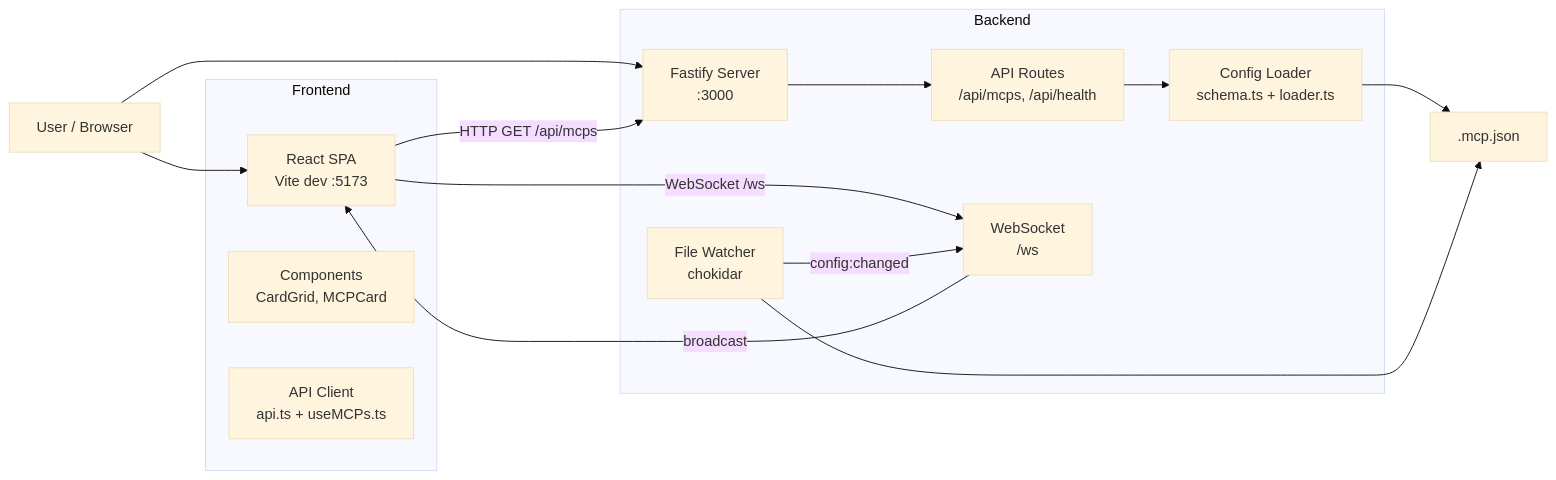
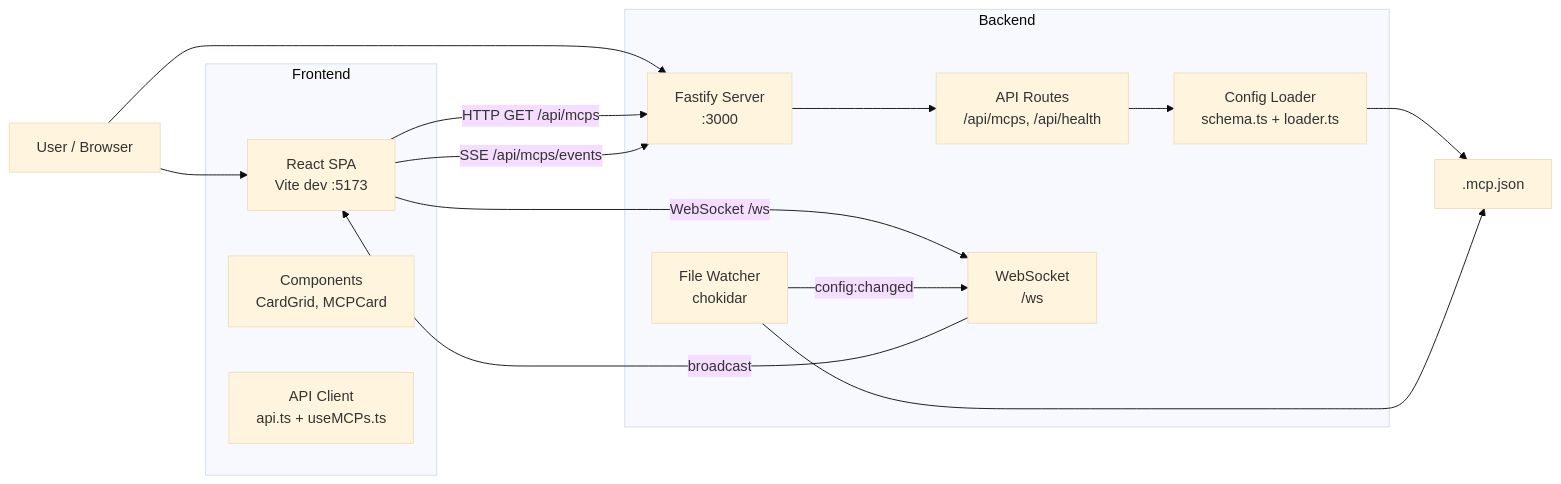
One commit to wagner-sousa/Weir changed the diagram in docs/architecture.md. Above: the diagram before and after it, drawn with Mermaid (base theme). The commit also changed other lines of this file and 3 other files, not shown here.

````diff
--- a/docs/architecture.md
+++ b/docs/architecture.md
@@ -5,28 +5,29 @@
 ```mermaid
 flowchart LR
     USER[User / Browser]
     FS[.mcp.json]
     subgraph Backend
         API[Fastify Server<br/>:3000]
         ROUTES[API Routes<br/>/api/mcps, /api/health]
         WS[WebSocket<br/>/ws]
         LOADER[Config Loader<br/>schema.ts + loader.ts]
         WATCHER[File Watcher<br/>chokidar]
     end
     subgraph Frontend
         SPA[React SPA<br/>Vite dev :5173]
         COMP[Components<br/>CardGrid, MCPCard]
         API_CLIENT[API Client<br/>api.ts + useMCPs.ts]
     end
 
     USER --> SPA
     USER --> API
     SPA -- HTTP GET /api/mcps --> API
     SPA -- WebSocket /ws --> WS
+    SPA -- SSE /api/mcps/events --> API
     API --> ROUTES
     ROUTES --> LOADER
     LOADER --> FS
     WATCHER --> FS
     WATCHER -- config:changed --> WS
     WS -- broadcast --> SPA
 ```
````
